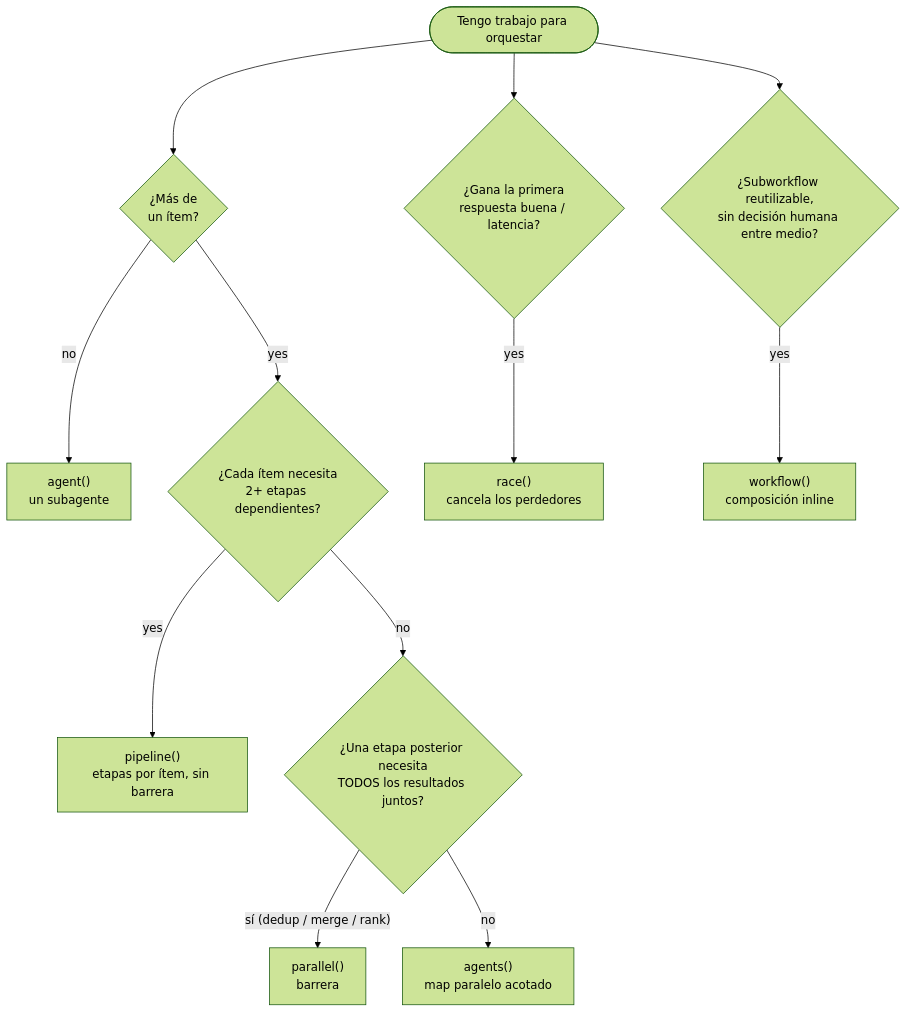
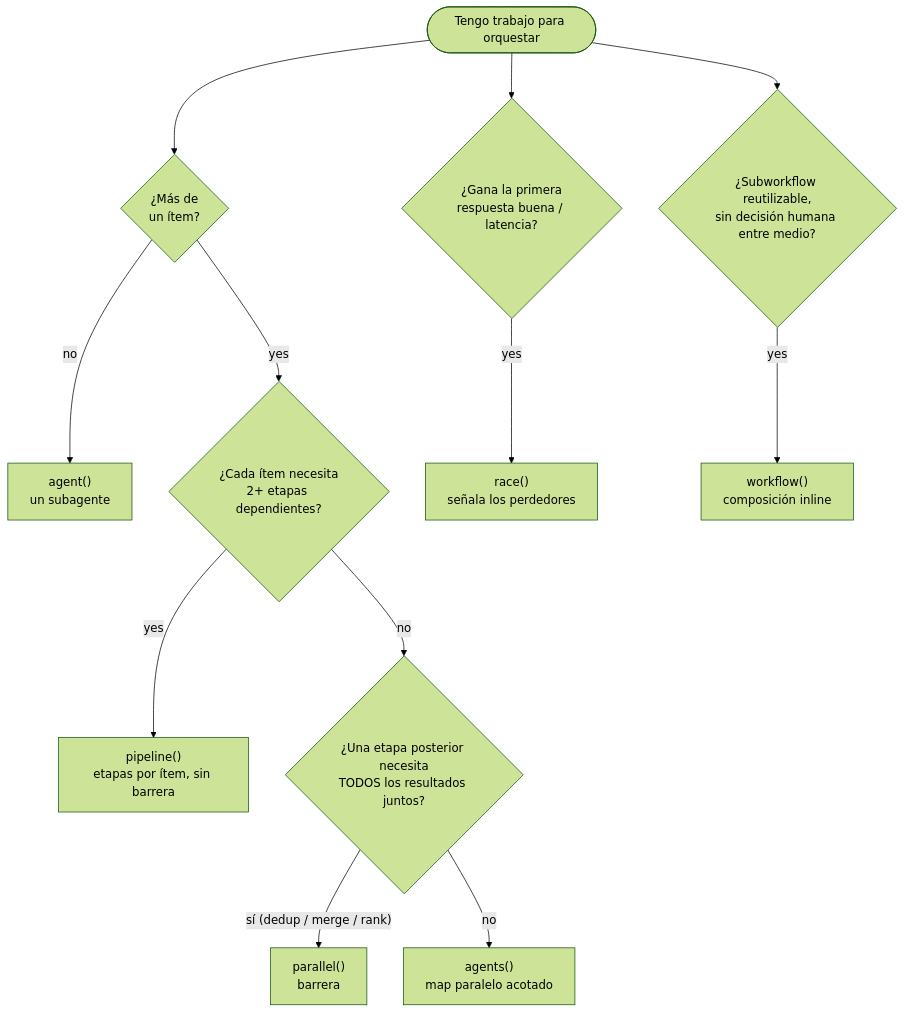
One commit to andrestobelem/pandi-extensions changed the first of 2 diagrams in docs/dynamic-workflows.md. Above: the diagram before and after it, drawn with Mermaid (forest theme). The commit also changed other lines of this file and 109 other files, not shown here.

````diff
--- a/docs/dynamic-workflows.md
+++ b/docs/dynamic-workflows.md
@@ -87,14 +87,14 @@
 ```mermaid
 flowchart TD
   start([Tengo trabajo para orquestar]) --> many{¿Más de<br/>un ítem?}
   many -- no --> agent["agent()<br/>un subagente"]
   many -- yes --> stages{¿Cada ítem necesita<br/>2+ etapas dependientes?}
   stages -- yes --> pipeline["pipeline()<br/>etapas por ítem, sin barrera"]
   stages -- no --> barrier{¿Una etapa posterior necesita<br/>TODOS los resultados juntos?}
   barrier -- "sí (dedup / merge / rank)" --> parallel["parallel()<br/>barrera"]
   barrier -- no --> agents["agents()<br/>map paralelo acotado"]
   start --> hedge{¿Gana la primera<br/>respuesta buena / latencia?}
-  hedge -- yes --> race["race()<br/>cancela los perdedores"]
+  hedge -- yes --> race["race()<br/>señala los perdedores"]
   start --> compose{¿Subworkflow reutilizable,<br/>sin decisión humana entre medio?}
   compose -- yes --> workflow["workflow()<br/>composición inline"]
 ```
````
